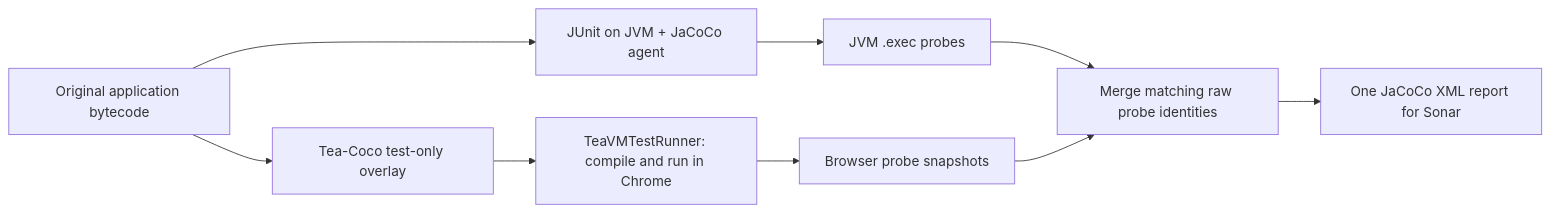
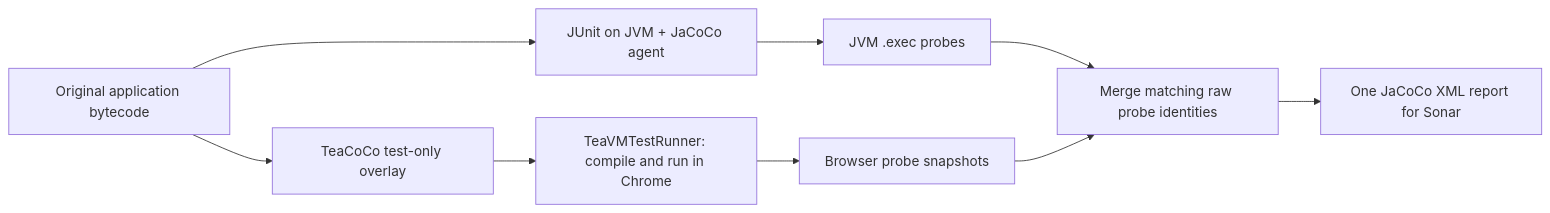
The diagram in mockatcha-example/README.md (instanto-io/tea-coco), drawn with Mermaid before and after one commit. The commit also changed other lines of this file and 22 other files, not shown here.

````diff
--- a/mockatcha-example/README.md
+++ b/mockatcha-example/README.md
@@ -63,11 +63,11 @@
 ```mermaid
 flowchart LR
   A[Original application bytecode] --> J[JUnit on JVM + JaCoCo agent]
-  A --> P[Tea-Coco test-only overlay]
+  A --> P[TeaCoCo test-only overlay]
   P --> T[TeaVMTestRunner: compile and run in Chrome]
   J --> E[JVM .exec probes]
   T --> B[Browser probe snapshots]
   E --> M[Merge matching raw probe identities]
   B --> M
   M --> X[One JaCoCo XML report for Sonar]
 ```
````
